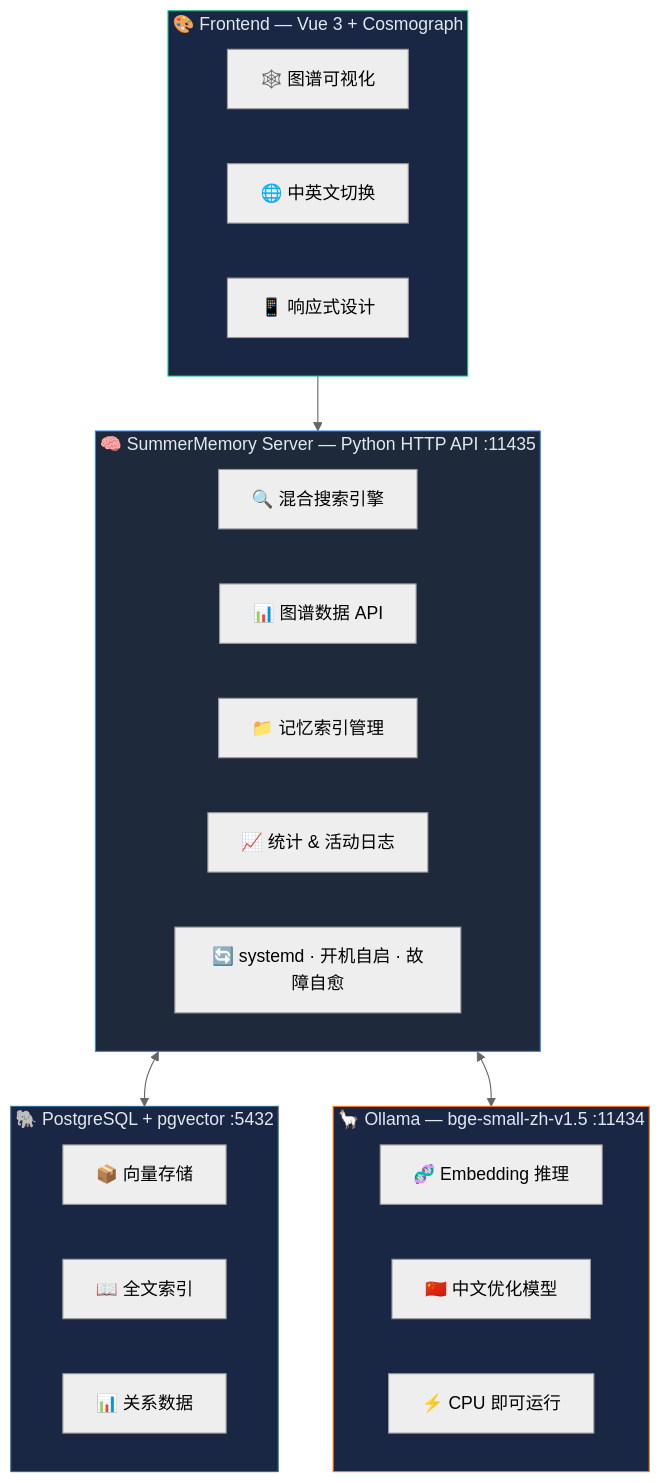
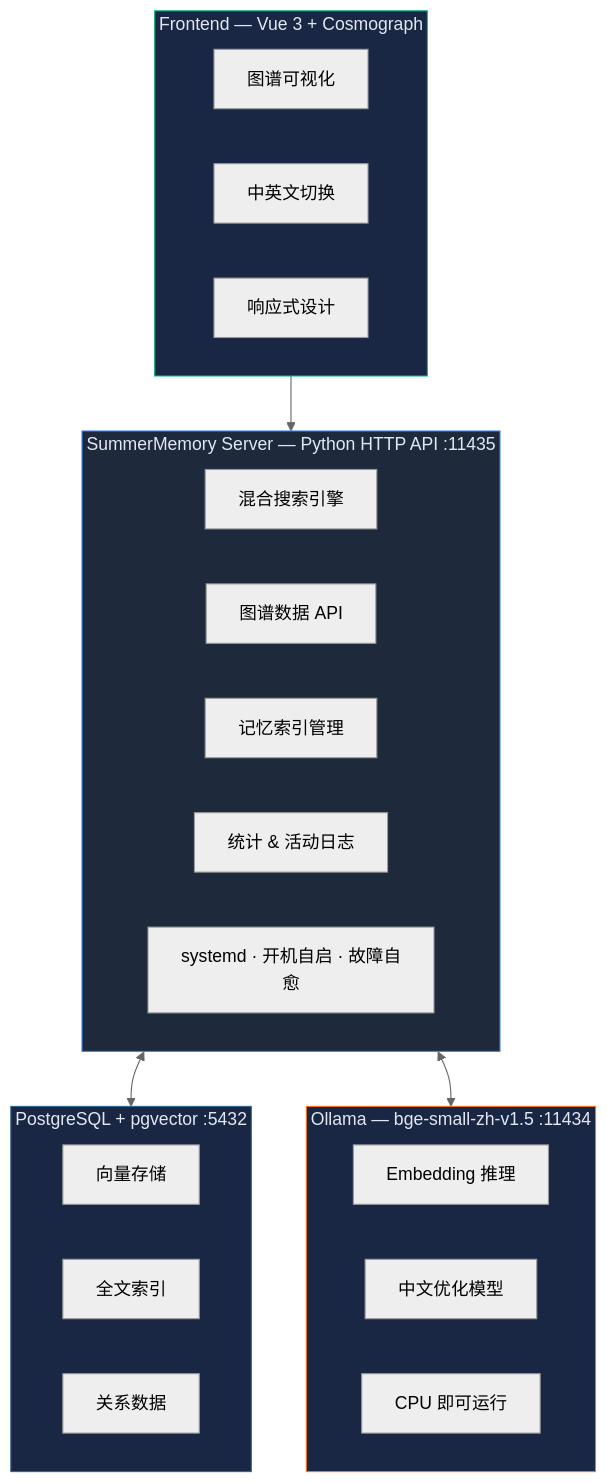
Before and after one commit to Likefr/SummerMemory: the second of 2 diagrams in README.md, drawn with Mermaid (neutral theme). The commit also changed other lines of this file, not shown here.

Commit message:
docs: 去掉表格图标，保持简洁专业

````diff
--- a/README.md
+++ b/README.md
@@ -282,38 +282,38 @@
 ```mermaid
 flowchart TB
-    subgraph Server["🧠 SummerMemory Server — Python HTTP API :11435"]
+    subgraph Server["SummerMemory Server — Python HTTP API :11435"]
         direction LR
-        S1["🔍 混合搜索引擎"]
-        S2["📊 图谱数据 API"]
-        S3["📁 记忆索引管理"]
-        S4["📈 统计 & 活动日志"]
-        S5["🔄 systemd · 开机自启 · 故障自愈"]
+        S1["混合搜索引擎"]
+        S2["图谱数据 API"]
+        S3["记忆索引管理"]
+        S4["统计 & 活动日志"]
+        S5["systemd · 开机自启 · 故障自愈"]
     end
 
-    subgraph DB["🐘 PostgreSQL + pgvector :5432"]
-        D1["📦 向量存储"]
-        D2["📖 全文索引"]
-        D3["📊 关系数据"]
+    subgraph DB["PostgreSQL + pgvector :5432"]
+        D1["向量存储"]
+        D2["全文索引"]
+        D3["关系数据"]
     end
 
-    subgraph Ollama["🦙 Ollama — bge-small-zh-v1.5 :11434"]
-        O1["🧬 Embedding 推理"]
-        O2["🇨🇳 中文优化模型"]
-        O3["⚡ CPU 即可运行"]
+    subgraph Ollama["Ollama — bge-small-zh-v1.5 :11434"]
+        O1["Embedding 推理"]
+        O2["中文优化模型"]
+        O3["CPU 即可运行"]
     end
 
-    subgraph Frontend["🎨 Frontend — Vue 3 + Cosmograph"]
-        F1["🕸️ 图谱可视化"]
-        F2["🌐 中英文切换"]
-        F3["📱 响应式设计"]
+    subgraph Frontend["Frontend — Vue 3 + Cosmograph"]
+        F1["图谱可视化"]
+        F2["中英文切换"]
+        F3["响应式设计"]
     end
 
     Server <--> DB
     Server <--> Ollama
     Frontend --> Server
 
     style Server fill:#1e293b,stroke:#3b82f6,color:#e2e8f0
     style DB fill:#1a2744,stroke:#336791,color:#e2e8f0
     style Ollama fill:#1a2744,stroke:#f97316,color:#e2e8f0
     style Frontend fill:#1a2744,stroke:#10b981,color:#e2e8f0
 ```
````
